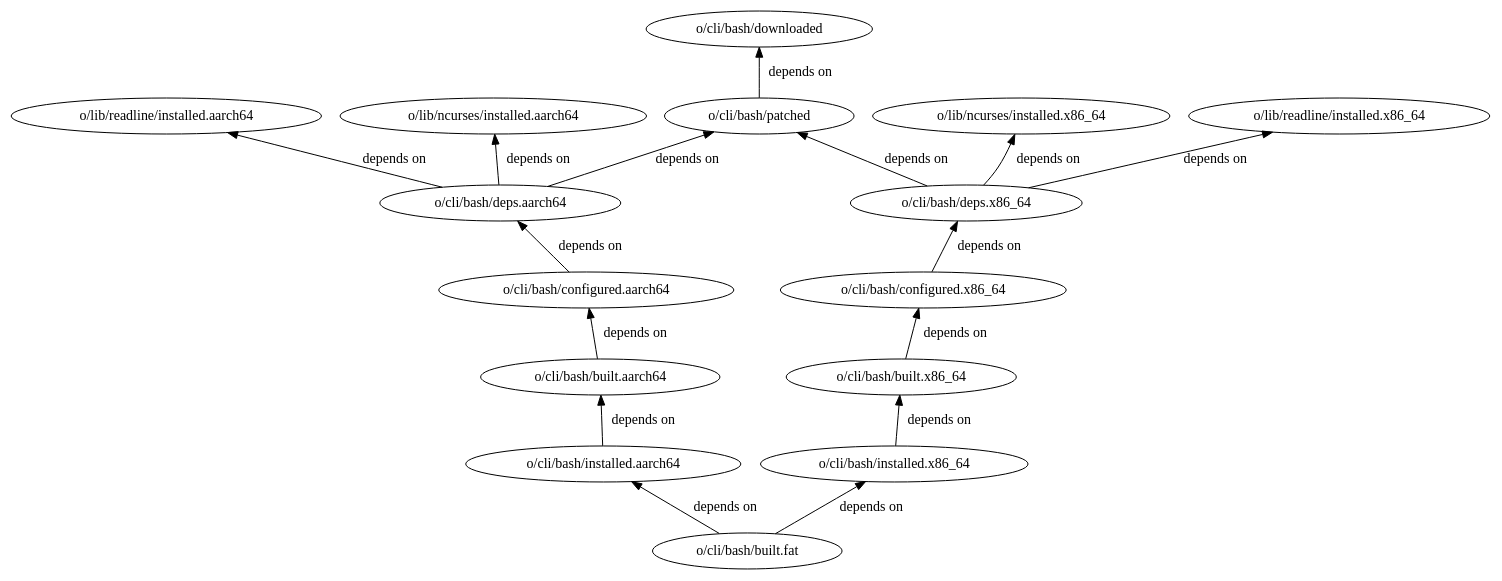
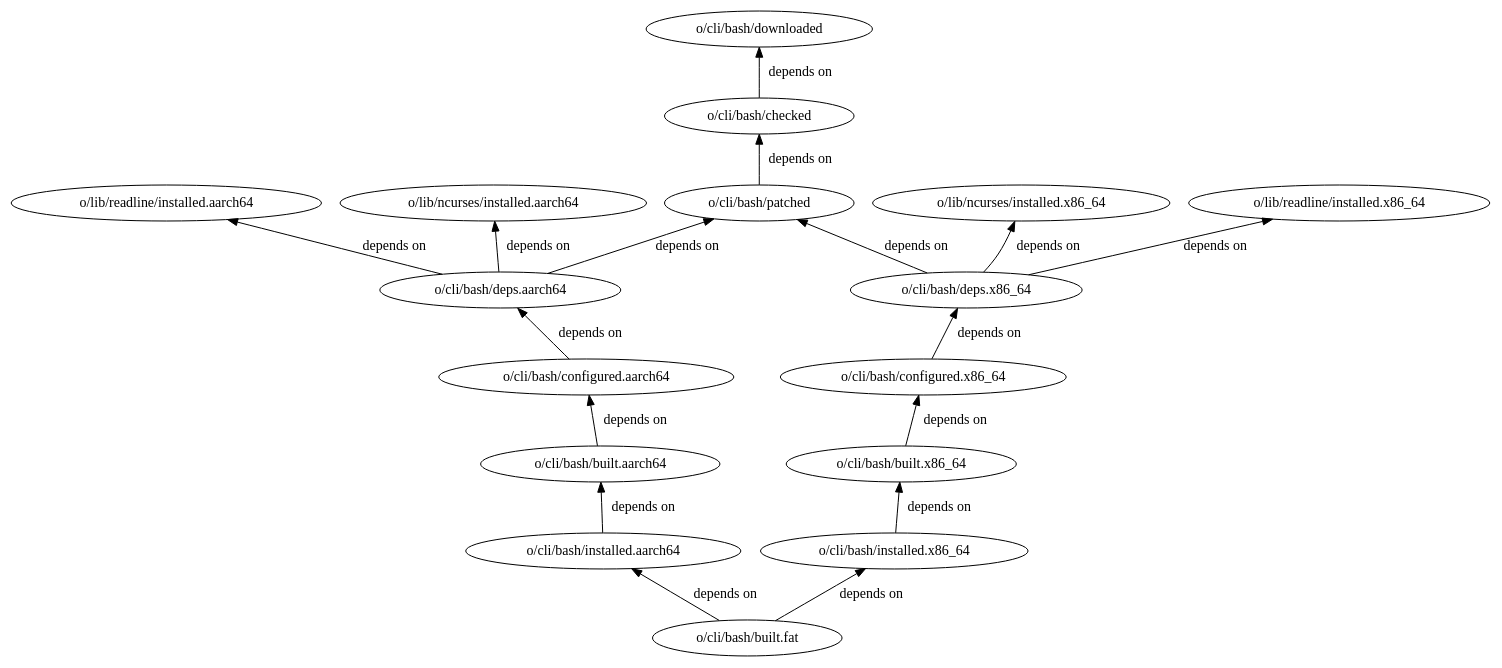
One commit to ahgamut/superconfigure changed the diagram in config/bash-deps.dot. Above: the diagram before and after it, drawn with Graphviz. The commit also changed 2 other files, not shown here.

```diff
--- a/config/bash-deps.dot
+++ b/config/bash-deps.dot
@@ -1,36 +1,38 @@
 
 digraph {
     rankdir="TB"
 
     down [label="o/cli/bash/downloaded"]
+    check [label="o/cli/bash/checked"]
     patch [label="o/cli/bash/patched"]
     dep1 [label="o/cli/bash/deps.x86_64"]
     dep2 [label="o/cli/bash/deps.aarch64"]
     conf1 [label="o/cli/bash/configured.x86_64"]
     conf2 [label="o/cli/bash/configured.aarch64"]
     build1 [label="o/cli/bash/built.x86_64"]
     build2 [label="o/cli/bash/built.aarch64"]
     inst1 [label="o/cli/bash/installed.x86_64"]
     inst2 [label="o/cli/bash/installed.aarch64"]
     inst11 [label="o/lib/ncurses/installed.x86_64"]
     inst12 [label="o/lib/readline/installed.x86_64"]
     inst21 [label="o/lib/ncurses/installed.aarch64"]
     inst22 [label="o/lib/readline/installed.aarch64"]
     fat [label="o/cli/bash/built.fat"]
 
-    down  ->  patch [label="depends on",dir=back]
+    down  ->  check [label="depends on",dir=back]
+    check  ->  patch [label="depends on",dir=back]
     patch  ->  dep1  [label="depends on",dir=back]
     inst11  ->  dep1 [label="depends on",dir=back]
     inst12  ->  dep1 [label="depends on",dir=back]
     dep1  ->  conf1 [label="depends on",dir=back]
     conf1  ->  build1 [label="depends on",dir=back]
     build1  ->  inst1 [label="depends on",dir=back]
     inst1  ->  fat [label="depends on",dir=back]
     patch  ->  dep2  [label="depends on",dir=back]
     inst21  ->  dep2 [label="depends on",dir=back]
     inst22  ->  dep2 [label="depends on",dir=back]
     dep2  ->  conf2 [label="depends on",dir=back]
     conf2  ->  build2 [label="depends on",dir=back]
     build2  ->  inst2 [label="depends on",dir=back]
     inst2  ->  fat [label="depends on",dir=back]
 }
```
